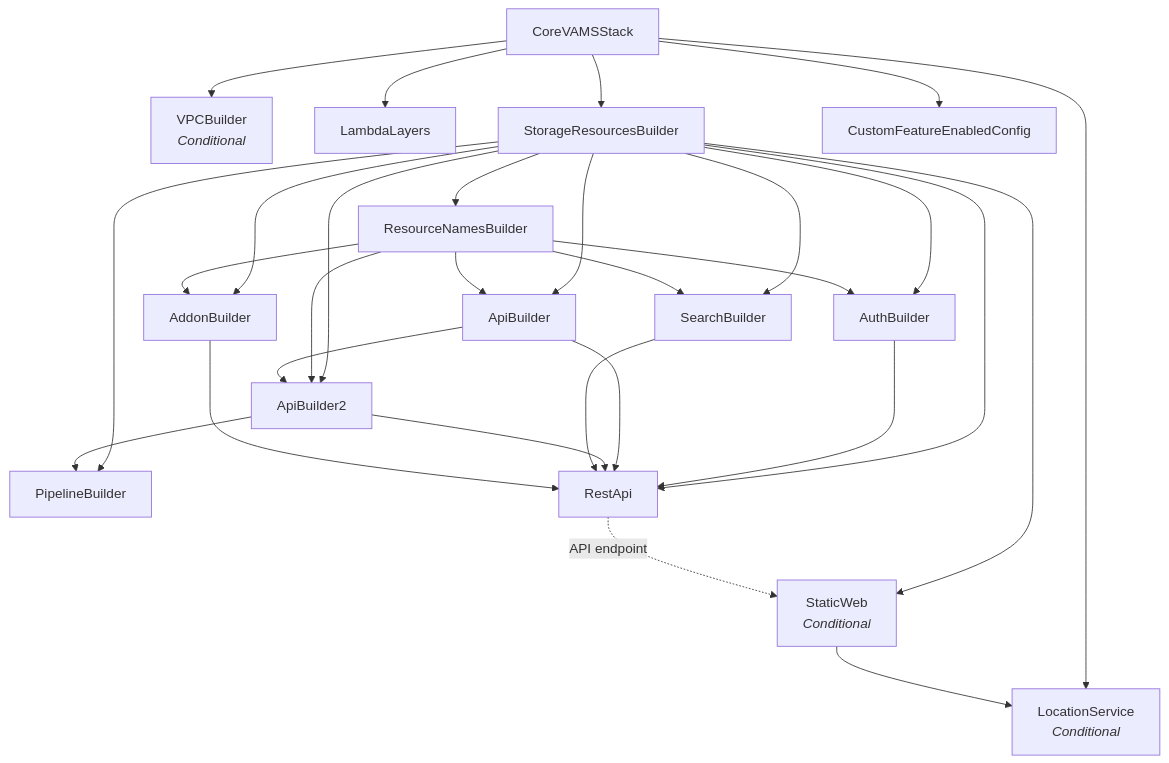
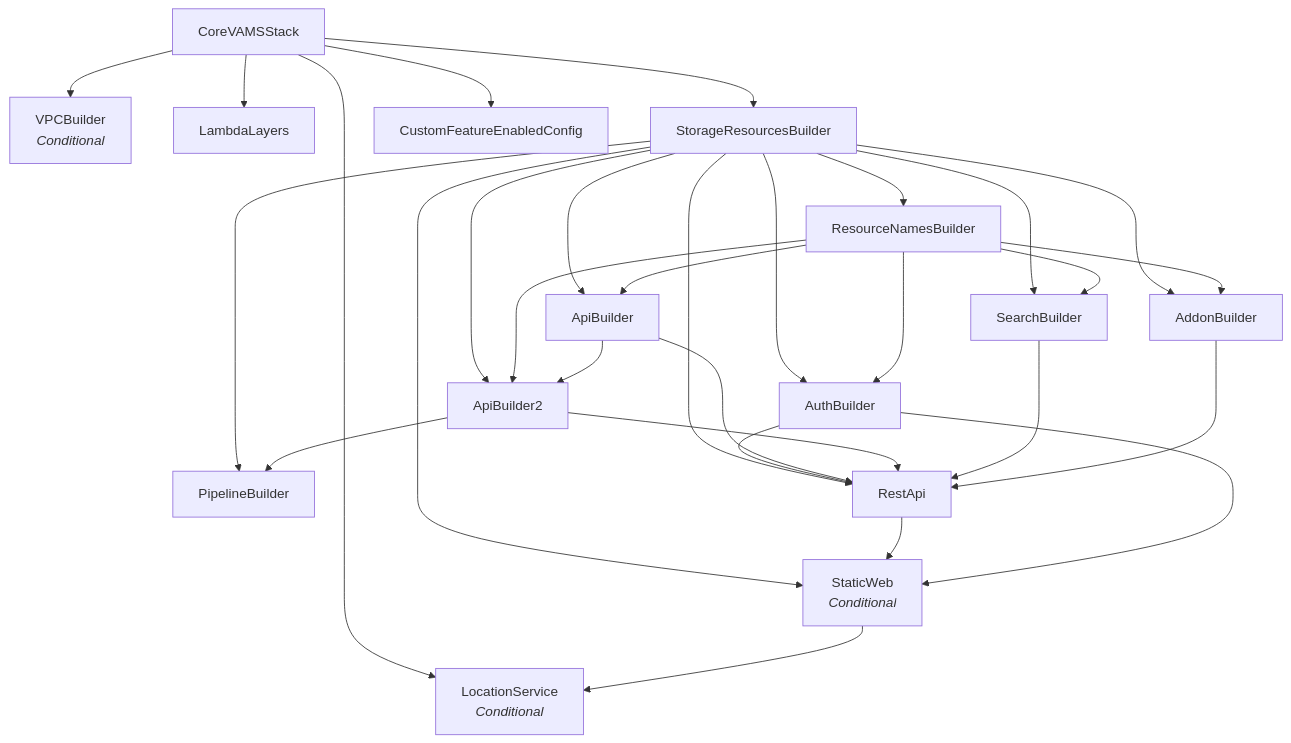
The sixth of 6 diagrams in documentation/docusaurus-site/docs/architecture/details.md (awslabs/visual-asset-management-system), drawn with Mermaid before and after one commit. The commit also changed other lines of this file and 6 other files, not shown here.

Commit message:
fix(cdk): declare the static web stack's dependencies on the REST API and auth stacks (#664)

````diff
--- a/documentation/docusaurus-site/docs/architecture/details.md
+++ b/documentation/docusaurus-site/docs/architecture/details.md
@@ -297,42 +297,43 @@
 ```mermaid
 graph TD
     Core["CoreVAMSStack"]
 
     Core --> VPC["VPCBuilder<br/><i>Conditional</i>"]
     Core --> LL["LambdaLayers"]
     Core --> SRB["StorageResourcesBuilder"]
     Core --> LS["LocationService<br/><i>Conditional</i>"]
     Core --> FE["CustomFeatureEnabledConfig"]
 
     SRB --> RNB["ResourceNamesBuilder"]
 
     SRB --> AB["AuthBuilder"]
     RNB --> AB
 
     SRB --> APIBuild["ApiBuilder"]
     RNB --> APIBuild
 
     SRB --> APIBuild2["ApiBuilder2"]
     RNB --> APIBuild2
     APIBuild --> APIBuild2
 
     SRB --> SearchB["SearchBuilder"]
     RNB --> SearchB
 
     SRB --> PB["PipelineBuilder"]
     APIBuild2 --> PB
 
     SRB --> Addon["AddonBuilder"]
     RNB --> Addon
 
     SRB --> REST["RestApi"]
     AB --> REST
     APIBuild --> REST
     APIBuild2 --> REST
     SearchB --> REST
     Addon --> REST
 
     SRB --> SW["StaticWeb<br/><i>Conditional</i>"]
-    REST -.->|API endpoint| SW
+    REST --> SW
+    AB --> SW
     SW --> LS
 ```
````
